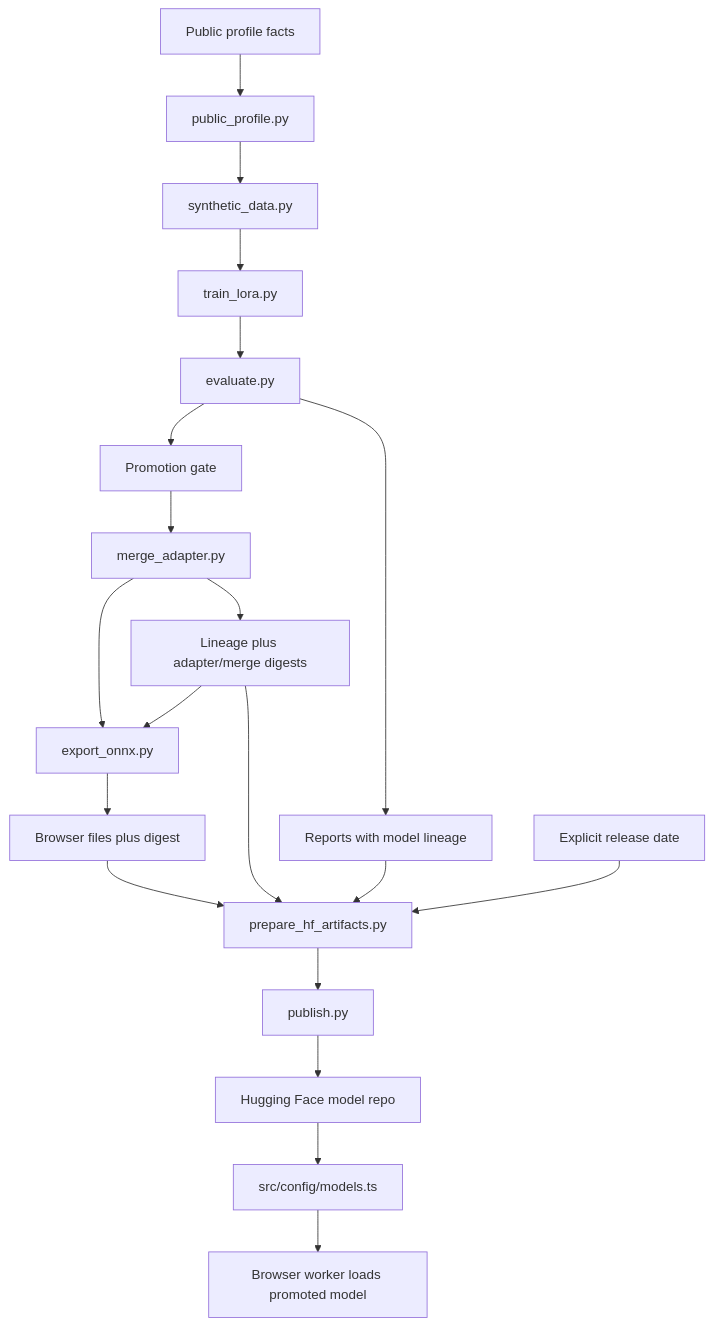
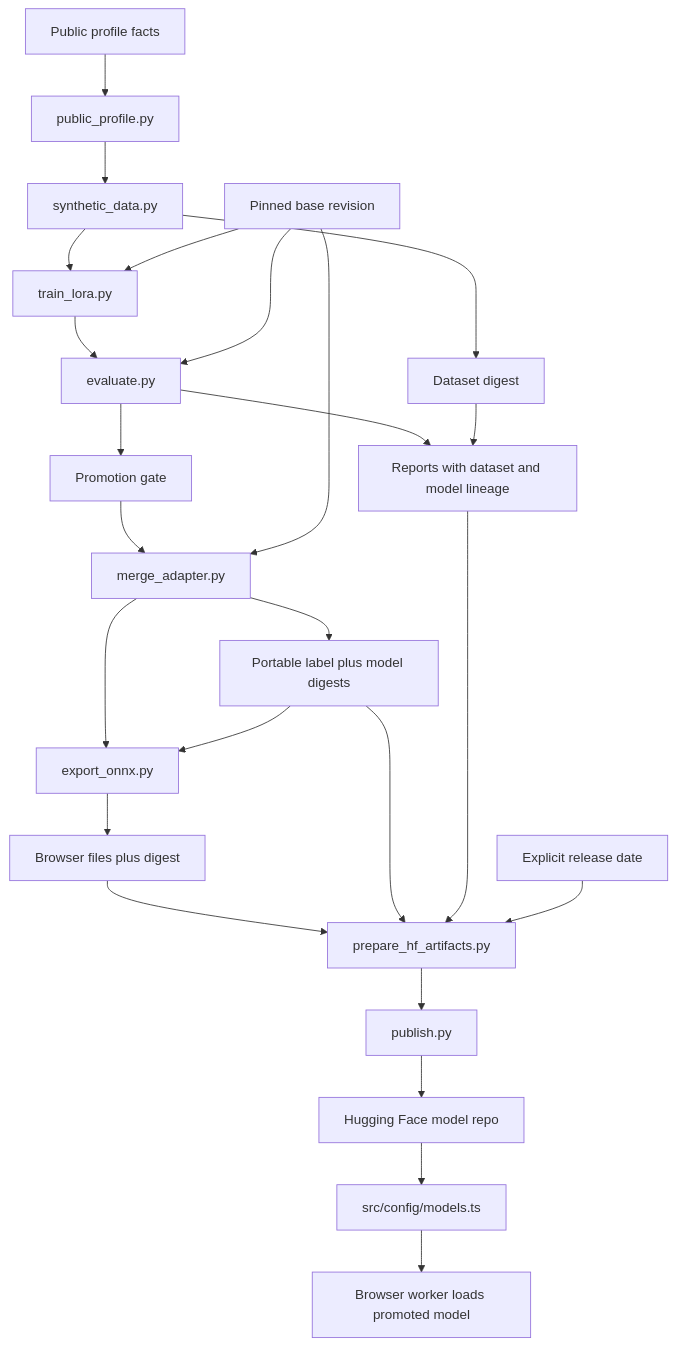
Before and after one commit to justinthelaw/justinthelaw: the fourth of 4 diagrams in docs/DIAGRAMS.md, drawn with Mermaid. The commit also changed other lines of this file and 8 other files, not shown here.

````diff
--- a/docs/DIAGRAMS.md
+++ b/docs/DIAGRAMS.md
@@ -100,22 +100,27 @@
 ```mermaid
 flowchart TD
   facts["Public profile facts"] --> pyProfile["public_profile.py"]
   pyProfile --> data["synthetic_data.py"]
   data --> train["train_lora.py"]
   train --> eval["evaluate.py"]
-  eval --> reports["Reports with model lineage"]
+  data --> datasetDigest["Dataset digest"]
+  eval --> reports["Reports with dataset and model lineage"]
+  datasetDigest --> reports
   eval --> gate["Promotion gate"]
   gate --> merge["merge_adapter.py"]
-  merge --> lineage["Lineage plus adapter/merge digests"]
+  baseRevision["Pinned base revision"] --> train
+  baseRevision --> eval
+  baseRevision --> merge
+  merge --> lineage["Portable label plus model digests"]
   merge --> export["export_onnx.py"]
   lineage --> export
   export --> browserArtifact["Browser files plus digest"]
   browserArtifact --> artifacts["prepare_hf_artifacts.py"]
   lineage --> artifacts
   reports --> artifacts
   releaseDate["Explicit release date"] --> artifacts
   artifacts --> publish["publish.py"]
   publish --> hfRepo["Hugging Face model repo"]
   hfRepo --> modelConfig["src/config/models.ts"]
   modelConfig --> browser["Browser worker loads promoted model"]
 ```
````
